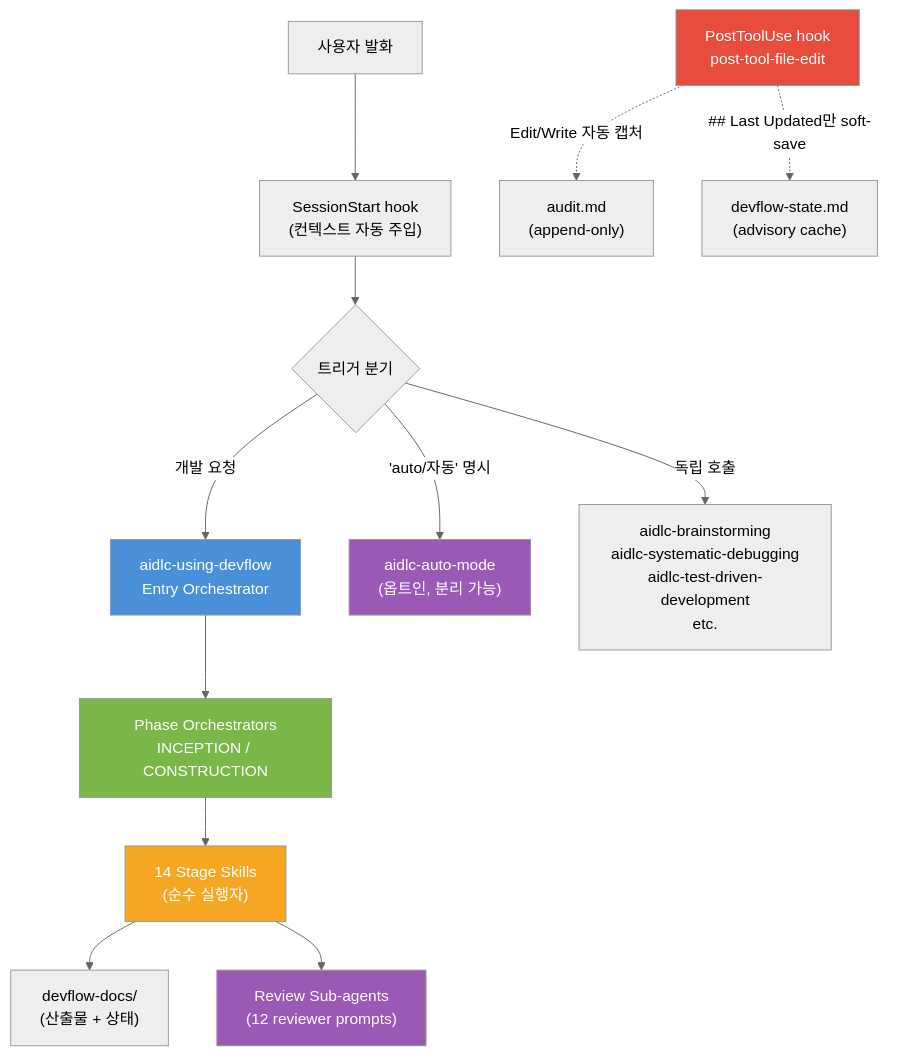
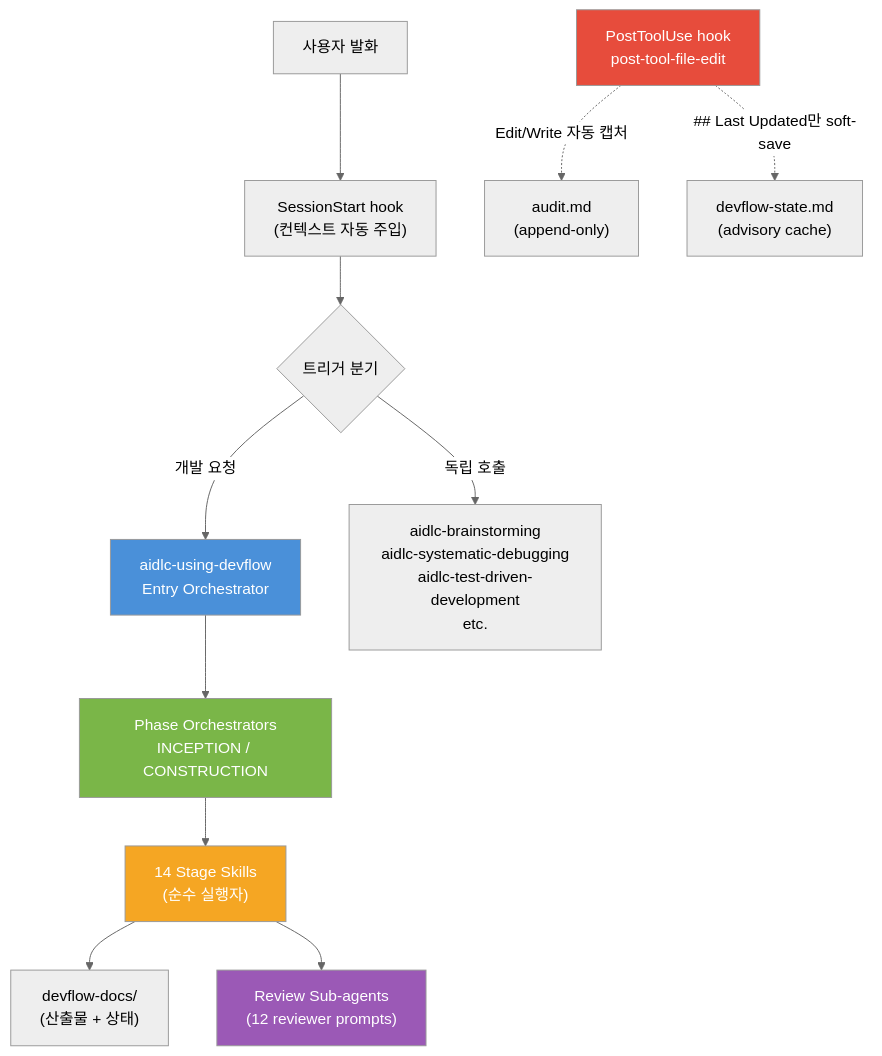
The first of 16 diagrams in docs/guide/architecture_v2.md (bluejayA/aidlc-devflow), drawn with Mermaid (neutral theme) before and after one commit. The commit also changed other lines of this file and 25 other files, not shown here.

First line of the commit message:
chore: named reviewer agents 폐기 + auto-mode archive 이동 (closes #209) (#212)

````diff
--- a/docs/guide/architecture_v2.md
+++ b/docs/guide/architecture_v2.md
@@ -11,24 +11,22 @@
 ```mermaid
 graph TB
     USR["사용자 발화"] --> HOOK["SessionStart hook<br/>(컨텍스트 자동 주입)"]
     HOOK --> ROUTE{"트리거 분기"}
 
     ROUTE -->|"개발 요청"| ENTRY["aidlc-using-devflow<br/>Entry Orchestrator"]
-    ROUTE -->|"'auto/자동' 명시"| AUTO["aidlc-auto-mode<br/>(옵트인, 분리 가능)"]
     ROUTE -->|"독립 호출"| INDEP["aidlc-brainstorming<br/>aidlc-systematic-debugging<br/>aidlc-test-driven-development<br/>etc."]
 
     ENTRY --> PHASE["Phase Orchestrators<br/>INCEPTION / CONSTRUCTION"]
     PHASE --> STAGE["14 Stage Skills<br/>(순수 실행자)"]
     STAGE --> ARTIFACT["devflow-docs/<br/>(산출물 + 상태)"]
     STAGE --> REVIEW["Review Sub-agents<br/>(12 reviewer prompts)"]
 
     POST["PostToolUse hook<br/>post-tool-file-edit"] -.->|"Edit/Write 자동 캡처"| AUDIT["audit.md<br/>(append-only)"]
     POST -.->|"## Last Updated만 soft-save"| STATE["devflow-state.md<br/>(advisory cache)"]
 
     style ENTRY fill:#4a90d9,color:#fff
-    style AUTO fill:#9b59b6,color:#fff
     style PHASE fill:#7ab648,color:#fff
     style STAGE fill:#f5a623,color:#fff
     style REVIEW fill:#9b59b6,color:#fff
     style POST fill:#e74c3c,color:#fff
 ```
````
